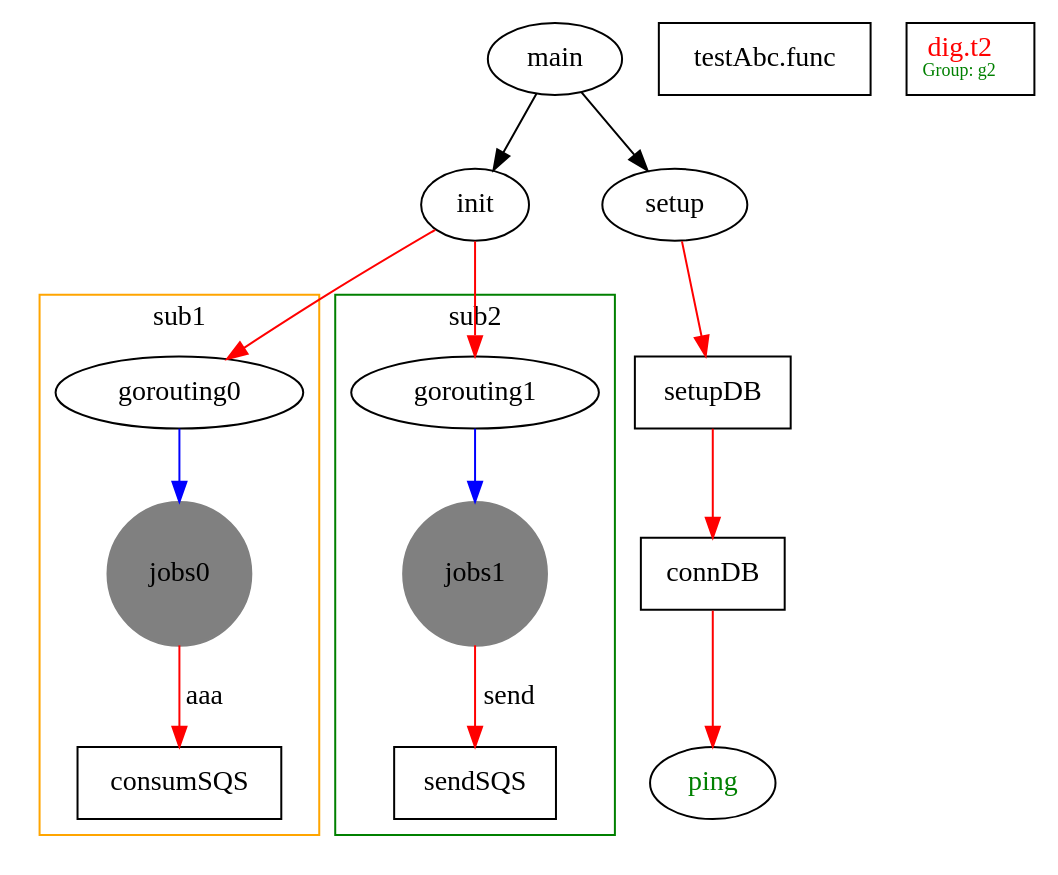
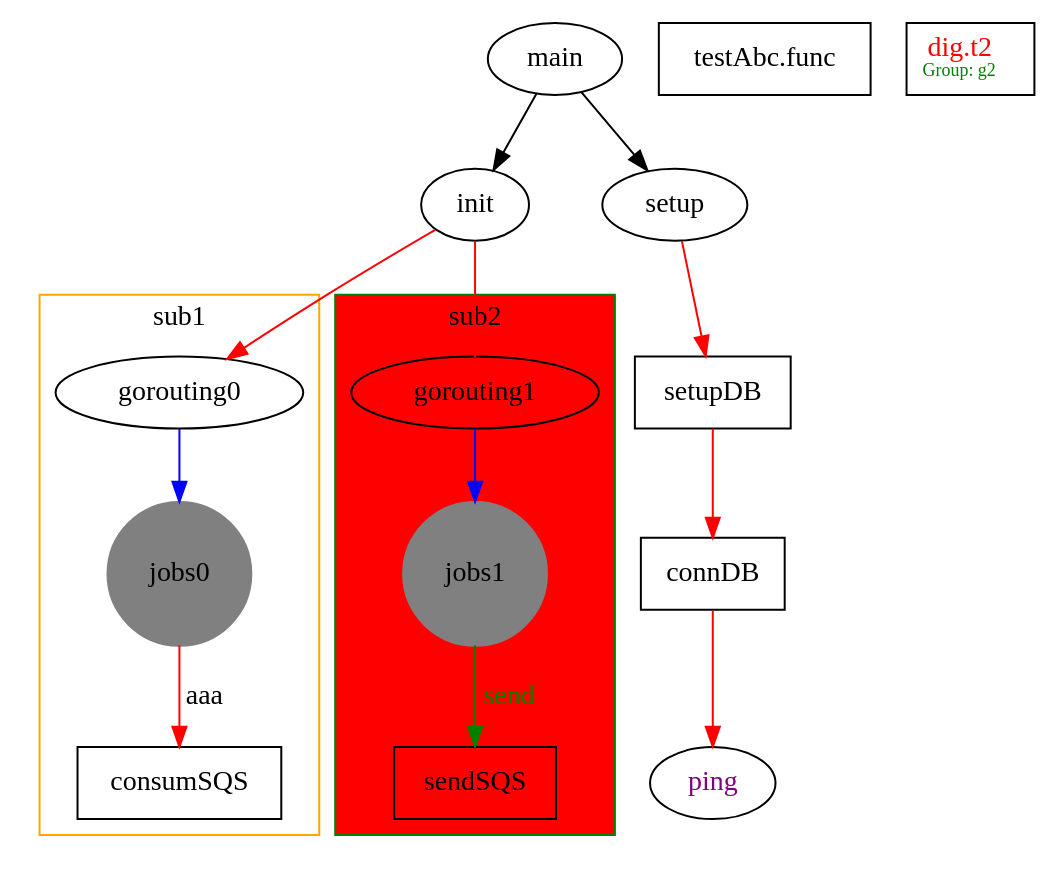
The diagram in simple1.dot (lpxxn/dot_graph), drawn with Graphviz before and after one commit. The commit also changed 1 other file, not shown here.

```diff
--- a/simple1.dot
+++ b/simple1.dot
@@ -1,35 +1,37 @@
 digraph G {
     //size ="3,11";
     main -> init;
     main -> setup;
     node [shape=box];
     edge [color=red];
     setup -> setupDB;
     setupDB -> connDB;
-    ping[shape=ellipse, fontcolor=green];
+    ping[shape=ellipse, fontcolor=purple];
     connDB -> ping;
     init -> gorouting0 [];
     init -> gorouting1 [];
     "testAbc.func" // 有特殊字符.要加双引号
     "dig.t2[group=g2]1" [label=<dig.t2<BR /><FONT POINT-SIZE="9" color="green">Group: g2</FONT>>, fontcolor=red];
 
     
     //graph [compound=true];
      subgraph cluster1 {
         label = "sub1"
         color=orange;
         gorouting0 [shape = ellipse];
         jobs0 [shape = circle, style=filled,color=grey];
         gorouting0 -> jobs0 [color=blue];
         jobs0 -> consumSQS [label="aaa"];
     }
 
     subgraph cluster2 {
         label = "sub2"
         color=green;
+        bgcolor = red;
+
         gorouting1 [shape = ellipse];
         jobs1 [shape = circle, style=filled,color=grey];
         gorouting1 -> jobs1 [color=blue];
-        jobs1 -> sendSQS [label="send"];
+        jobs1 -> sendSQS [label="send",color=green,fontcolor=green];
     }
 }
```
